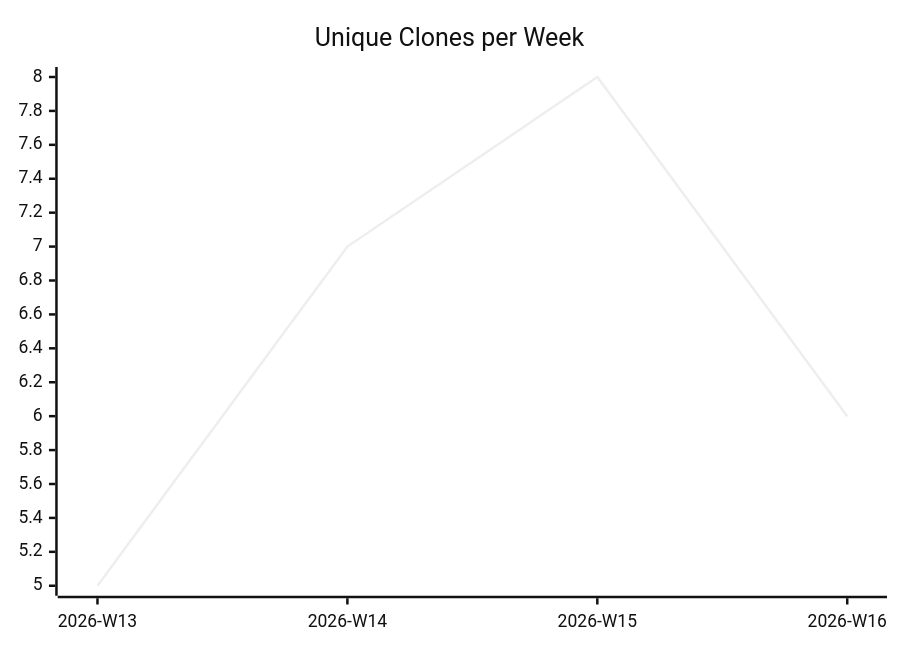
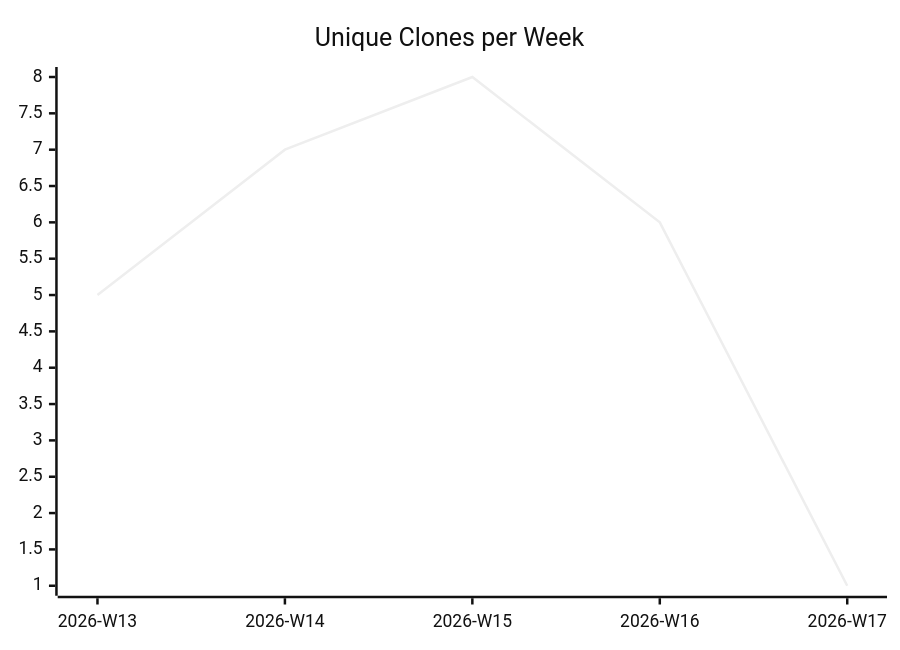
One commit to justdavis-family/github-analytics-data changed the third of 3 diagrams in karlmdavis/ansible-role-jenkins2/README.md. Above: the diagram before and after it, drawn with Mermaid (neutral theme). The commit also changed other lines of this file and 192 other files, not shown here.

````diff
--- a/karlmdavis/ansible-role-jenkins2/README.md
+++ b/karlmdavis/ansible-role-jenkins2/README.md
@@ -19,6 +19,6 @@
 ```mermaid
 xychart-beta
   title "Unique Clones per Week"
-  x-axis ["2026-W13", "2026-W14", "2026-W15", "2026-W16"]
-  line [5, 7, 8, 6]
+  x-axis ["2026-W13", "2026-W14", "2026-W15", "2026-W16", "2026-W17"]
+  line [5, 7, 8, 6, 1]
 ```
````
